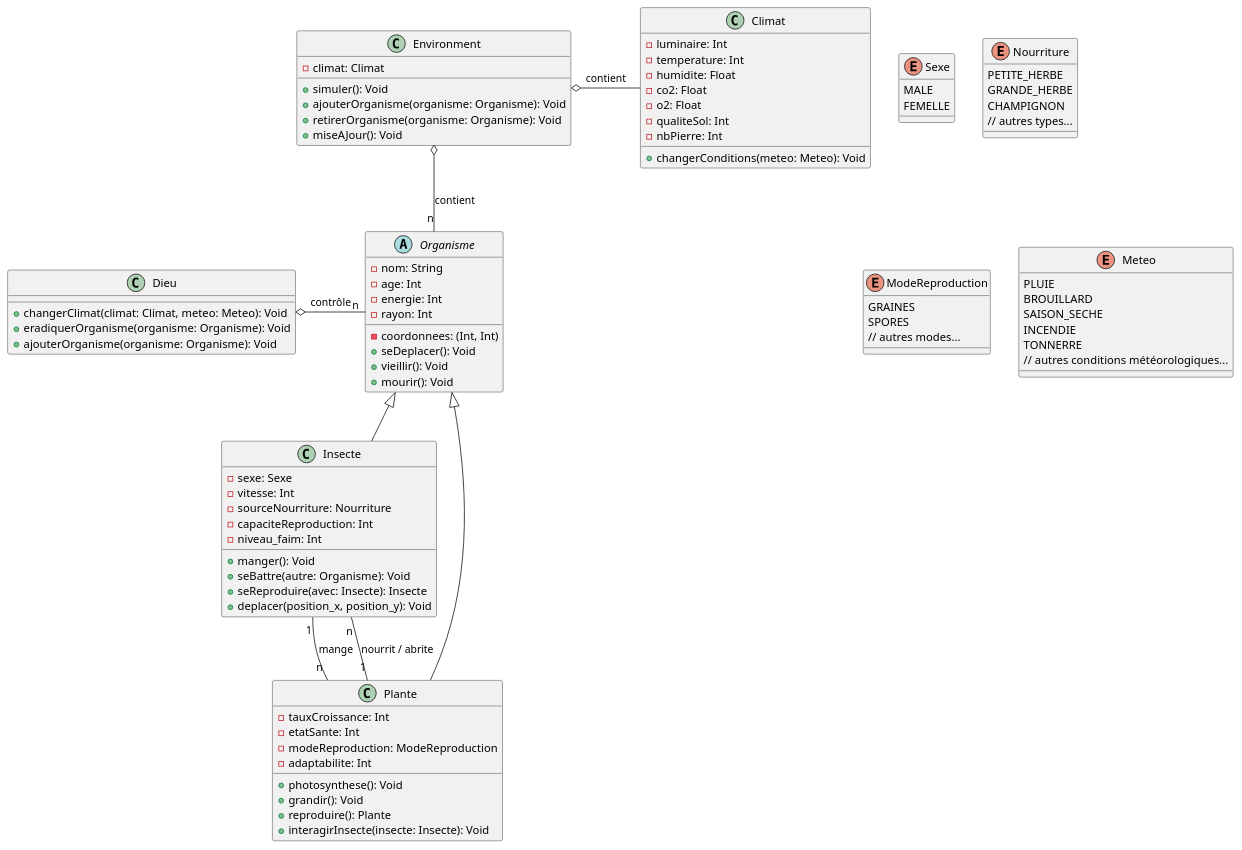
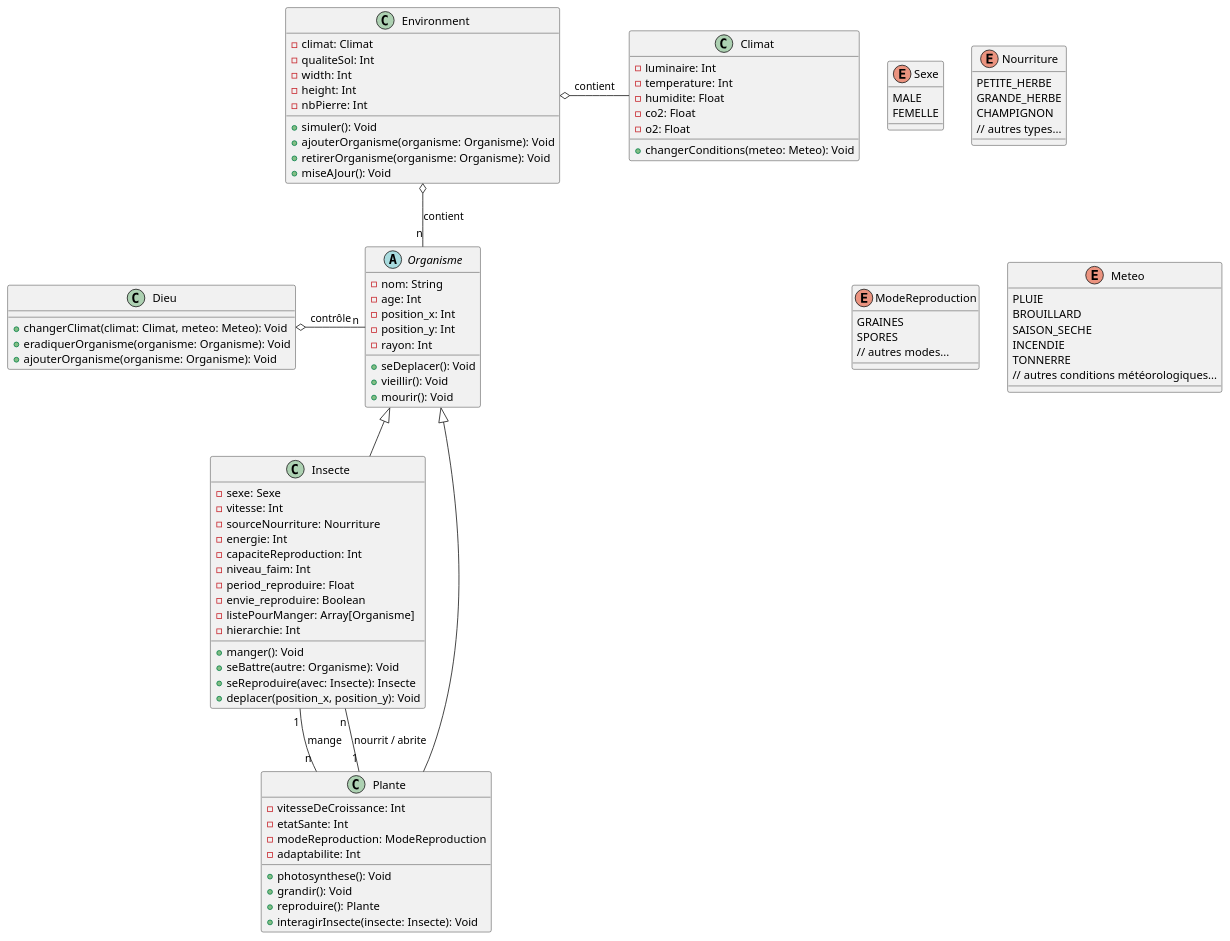
One commit to Sandrineavida/Vivarium_Multi-Agent_Golang changed the diagram in vivarium_uml.puml. Above: the diagram before and after it, drawn with PlantUML.

Commit message:
UML version 1.3 (m-à-j Envorinment, Organisme, Insecte)

```diff
--- a/vivarium_uml.puml
+++ b/vivarium_uml.puml
@@ -1,95 +1,102 @@
 @startuml
 
 abstract class Organisme {
    - nom: String
    - age: Int
-   - energie: Int
-   - coordonnees: (Int, Int)
+   - position_x: Int
+   - position_y: Int
    - rayon: Int
    + seDeplacer(): Void
    + vieillir(): Void
    + mourir(): Void
 }
 
 class Insecte extends Organisme {
    - sexe: Sexe
    - vitesse: Int
    - sourceNourriture: Nourriture
+   - energie: Int
    - capaciteReproduction: Int
    - niveau_faim: Int
+   - period_reproduire: Float
+   - envie_reproduire: Boolean
+   - listePourManger: Array[Organisme]
+   - hierarchie: Int
    + manger(): Void
    + seBattre(autre: Organisme): Void
    + seReproduire(avec: Insecte): Insecte
    + deplacer(position_x, position_y): Void
 }
 
 class Plante extends Organisme {
-   - tauxCroissance: Int
+   - vitesseDeCroissance: Int
    - etatSante: Int
    - modeReproduction: ModeReproduction
    - adaptabilite: Int
    + photosynthese(): Void
    + grandir(): Void
    + reproduire(): Plante
    + interagirInsecte(insecte: Insecte): Void
 }
 
 enum Sexe {
    MALE
    FEMELLE
 }
 
 enum Nourriture {
    PETITE_HERBE
    GRANDE_HERBE
    CHAMPIGNON
    // autres types...
 }
 
 enum ModeReproduction {
    GRAINES
    SPORES
    // autres modes...
 }
 
 class Climat {
    - luminaire: Int
    - temperature: Int
    - humidite: Float
    - co2: Float
    - o2: Float
-   - qualiteSol: Int
-   - nbPierre: Int
    + changerConditions(meteo: Meteo): Void
 }
 
 class Dieu {
    + changerClimat(climat: Climat, meteo: Meteo): Void
    + eradiquerOrganisme(organisme: Organisme): Void
    + ajouterOrganisme(organisme: Organisme): Void
 }
 
 class Environment {
    - climat: Climat
+   - qualiteSol: Int
+   - width: Int
+   - height: Int
+   - nbPierre: Int
    + simuler(): Void
    + ajouterOrganisme(organisme: Organisme): Void
    + retirerOrganisme(organisme: Organisme): Void
    + miseAJour(): Void
 }
 
 enum Meteo {
    PLUIE
    BROUILLARD
    SAISON_SECHE
    INCENDIE
    TONNERRE
    // autres conditions météorologiques...
 }
 
 Insecte "1" -- "n" Plante : mange
 Plante "1" -- "n" Insecte : nourrit / abrite
 Dieu o- "n" Organisme : contrôle
 Environment o- Climat : contient
 Environment o-- "n" Organisme : contient
 
 @enduml
```
